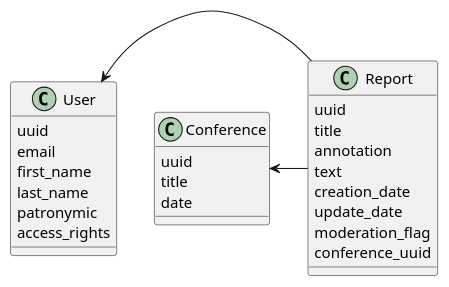
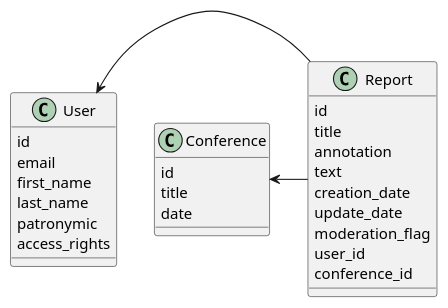
One commit to Artvin2001/mai-software-architecture-lab-01 changed the second of 2 diagrams in components.md. Above: the diagram before and after it, drawn with PlantUML.

````diff
--- a/components.md
+++ b/components.md
@@ -97,34 +97,35 @@
 ```puml
 @startuml
 
 class User {
-  uuid
+  id
   email
   first_name
   last_name
   patronymic
   access_rights
 }
 
 class Report {
-  uuid
+  id
   title
   annotation
   text
   creation_date
   update_date
   moderation_flag
-  conference_uuid
+  user_id
+  conference_id
 }
 
 class Conference {
-  uuid
+  id
   title
   date
 }
 
 User <- Report
 Conference <- Report
 
 @enduml
 ```
````
